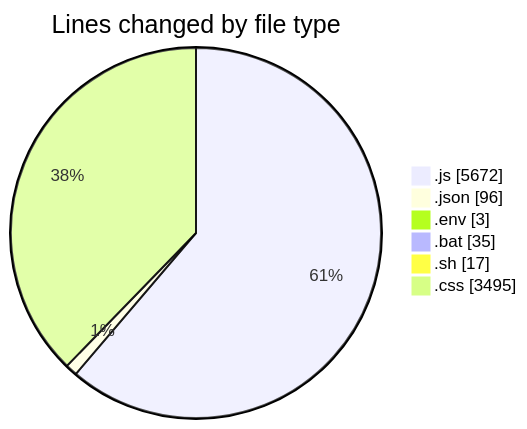
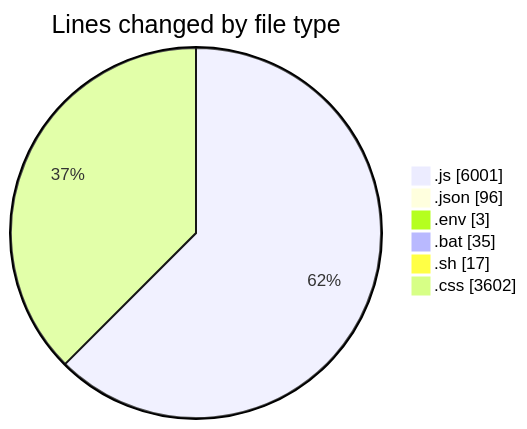
The first of 2 diagrams in 2025-07-19/eduwallet-main/README.md (lephambinh05/code-tracking), drawn with Mermaid before and after one commit. The commit also changed other lines of this file and 1 other file, not shown here.

````diff
--- a/2025-07-19/eduwallet-main/README.md
+++ b/2025-07-19/eduwallet-main/README.md
@@ -68,10 +70,10 @@
 ```mermaid
 pie showData
 title Lines changed by file type
-".js" : 5672
+".js" : 6001
 ".json" : 96
 ".env" : 3
 ".bat" : 35
 ".sh" : 17
-".css" : 3495
+".css" : 3602
 ```
````
